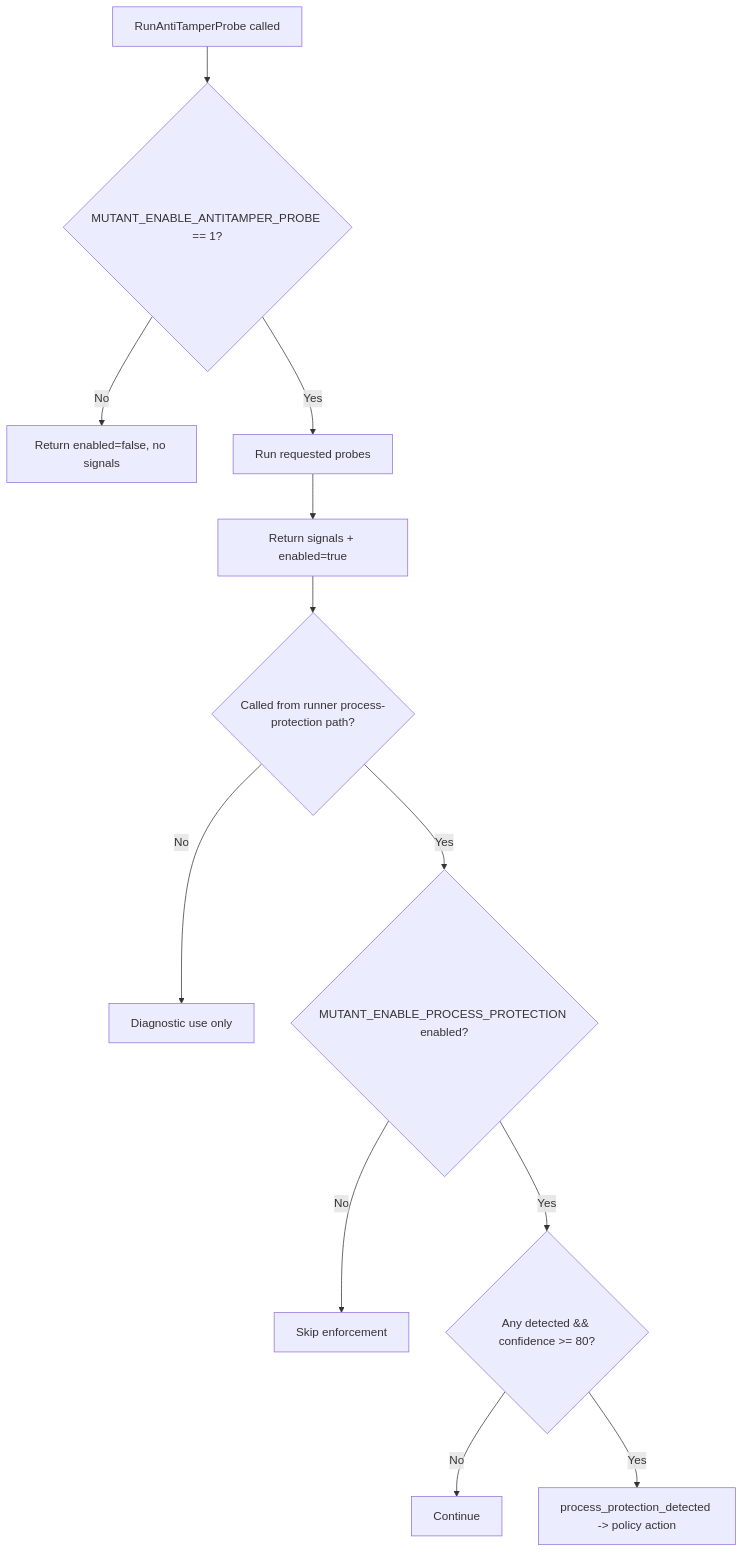
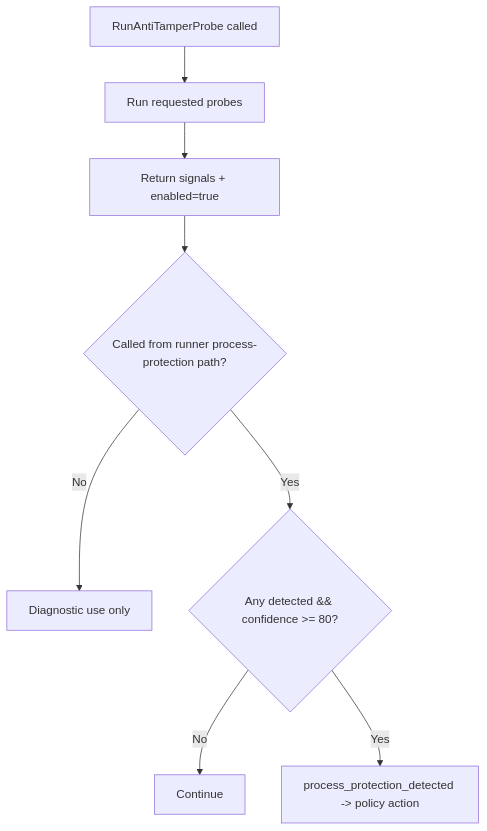
The third of 8 diagrams in docs/SECURITY_DIAGRAMS.md (aoiflux/mutant), drawn with Mermaid before and after one commit. The commit also changed other lines of this file and 37 other files, not shown here.

````diff
--- a/docs/SECURITY_DIAGRAMS.md
+++ b/docs/SECURITY_DIAGRAMS.md
@@ -51,15 +58,11 @@
 ```mermaid
 flowchart TD
-    A[RunAntiTamperProbe called] --> B{MUTANT_ENABLE_ANTITAMPER_PROBE == 1?}
-    B -->|No| C[Return enabled=false, no signals]
-    B -->|Yes| D[Run requested probes]
-    D --> E[Return signals + enabled=true]
+    A[RunAntiTamperProbe called] --> B[Run requested probes]
+    B --> C[Return signals + enabled=true]
 
-    E --> F{Called from runner process-protection path?}
-    F -->|No| G[Diagnostic use only]
-    F -->|Yes| H{MUTANT_ENABLE_PROCESS_PROTECTION enabled?}
-    H -->|No| I[Skip enforcement]
-    H -->|Yes| J{Any detected && confidence >= 80?}
-    J -->|No| K[Continue]
-    J -->|Yes| L[process_protection_detected -> policy action]
+    C --> D{Called from runner process-protection path?}
+    D -->|No| E[Diagnostic use only]
+    D -->|Yes| F{Any detected && confidence >= 80?}
+    F -->|No| G[Continue]
+    F -->|Yes| H[process_protection_detected -> policy action]
 ```
````
